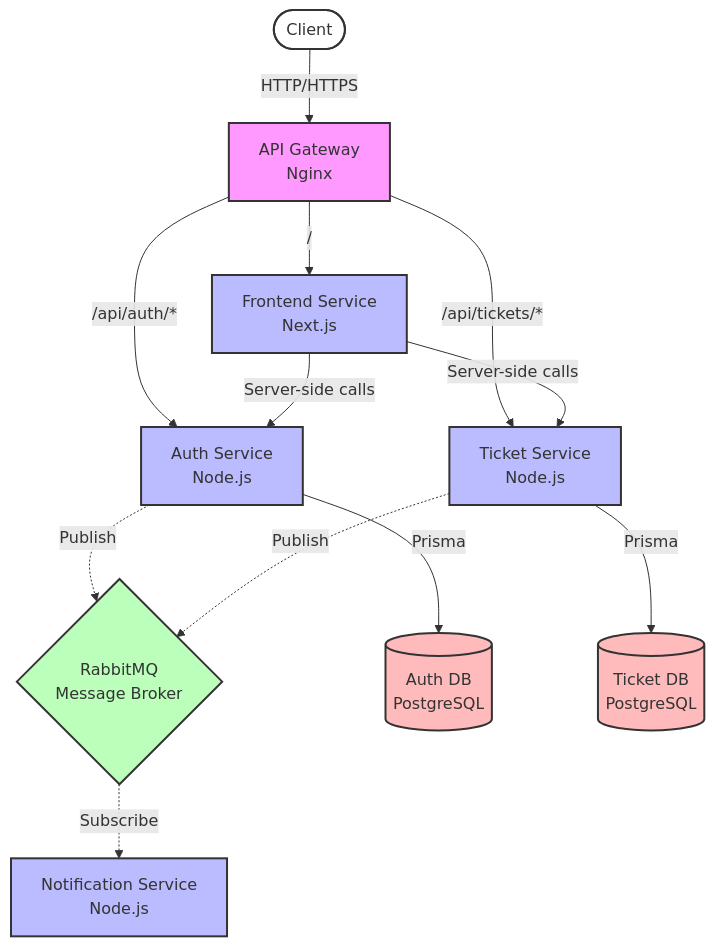
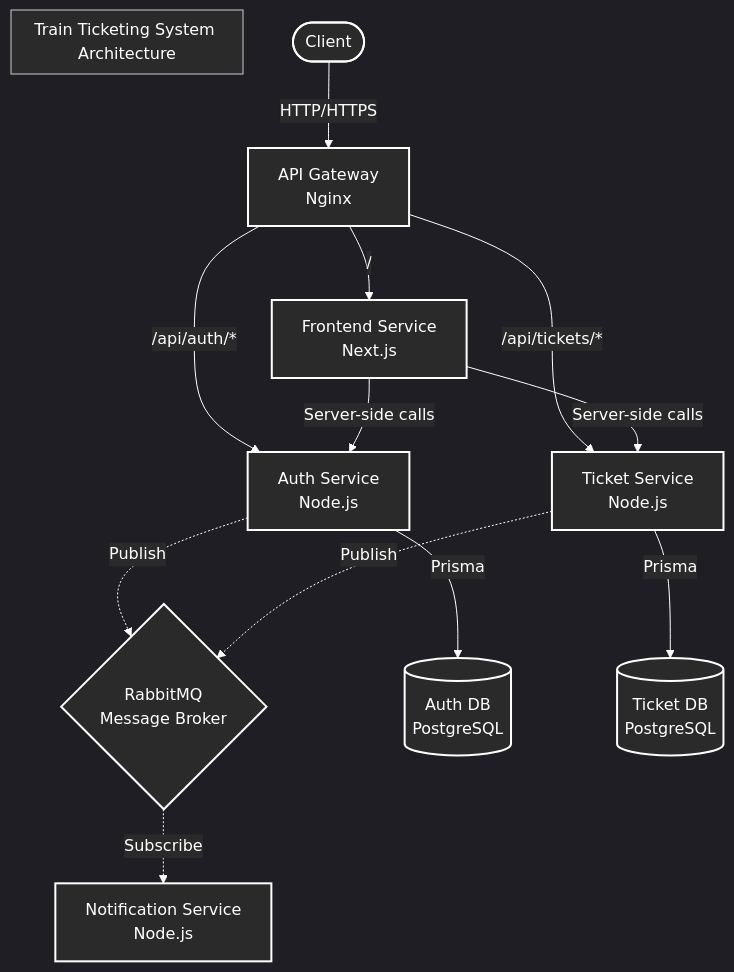
Before and after one commit to shihabsararrafid/Buet-Hackathon: the diagram in Readme.md, drawn with Mermaid.

````diff
--- a/Readme.md
+++ b/Readme.md
@@ -3,56 +3,86 @@
 ```mermaid
+%%{init: {
+  'theme': 'dark',
+  'themeVariables': {
+    'fontFamily': 'arial',
+    'fontSize': '16px',
+    'primaryTextColor': '#fff',
+    'primaryBorderColor': '#fff',
+    'edgeLabelBackground': '#2a2a2a',
+    'lineColor': '#fff',
+    'textColor': '#fff',
+    'mainBkg': '#2a2a2a',
+    'secondaryColor': '#2a2a2a',
+    'tertiaryColor': '#2a2a2a'
+  }
+}}%%
+
 graph TD
     Client([Client])
-
+    
     %% API Gateway
     Nginx[API Gateway<br/>Nginx]
-
+    
     %% Frontend
     Frontend[Frontend Service<br/>Next.js]
-
+    
     %% Backend Services
     Auth[Auth Service<br/>Node.js]
     Ticket[Ticket Service<br/>Node.js]
     Notify[Notification Service<br/>Node.js]
-
+    
     %% Message Broker
     RabbitMQ{RabbitMQ<br/>Message Broker}
-
+    
     %% Databases
     AuthDB[(Auth DB<br/>PostgreSQL)]
     TicketDB[(Ticket DB<br/>PostgreSQL)]
-
+    
     %% Client to Gateway connections
     Client -->|HTTP/HTTPS| Nginx
-
+    
     %% Gateway to Services
     Nginx -->|/| Frontend
     Nginx -->|/api/auth/*| Auth
     Nginx -->|/api/tickets/*| Ticket
-
+    
     %% Service to Database connections
     Auth -->|Prisma| AuthDB
     Ticket -->|Prisma| TicketDB
-
+    
     %% Message Broker connections
     Auth -.->|Publish| RabbitMQ
     Ticket -.->|Publish| RabbitMQ
     RabbitMQ -.->|Subscribe| Notify
-
+    
     %% Internal Service communication
     Frontend -->|Server-side calls| Auth
     Frontend -->|Server-side calls| Ticket
-
-    %% Styling
-    classDef gateway fill:#f9f,stroke:#333,stroke-width:2px
-    classDef service fill:#bbf,stroke:#333,stroke-width:2px
-    classDef database fill:#fbb,stroke:#333,stroke-width:2px
-    classDef messagebroker fill:#bfb,stroke:#333,stroke-width:2px
-    classDef client fill:#fff,stroke:#333,stroke-width:2px
-
+    
+    %% Styling with dark theme
+    classDef gateway fill:#2a2a2a,stroke:#fff,stroke-width:2px,color:#fff
+    classDef service fill:#2a2a2a,stroke:#fff,stroke-width:2px,color:#fff
+    classDef database fill:#2a2a2a,stroke:#fff,stroke-width:2px,color:#fff
+    classDef messagebroker fill:#2a2a2a,stroke:#fff,stroke-width:2px,color:#fff
+    classDef client fill:#2a2a2a,stroke:#fff,stroke-width:2px,color:#fff
+    
     class Nginx gateway
     class Auth,Ticket,Notify,Frontend service
     class AuthDB,TicketDB database
     class RabbitMQ messagebroker
     class Client client
+
+    %% Add a title
+    subgraph Train Ticketing System Architecture
+    end
+
+style Client color:#fff
+style Nginx color:#fff
+style Frontend color:#fff
+style Auth color:#fff
+style Ticket color:#fff
+style Notify color:#fff
+style RabbitMQ color:#fff
+style AuthDB color:#fff
+style TicketDB color:#fff
 ```
````
